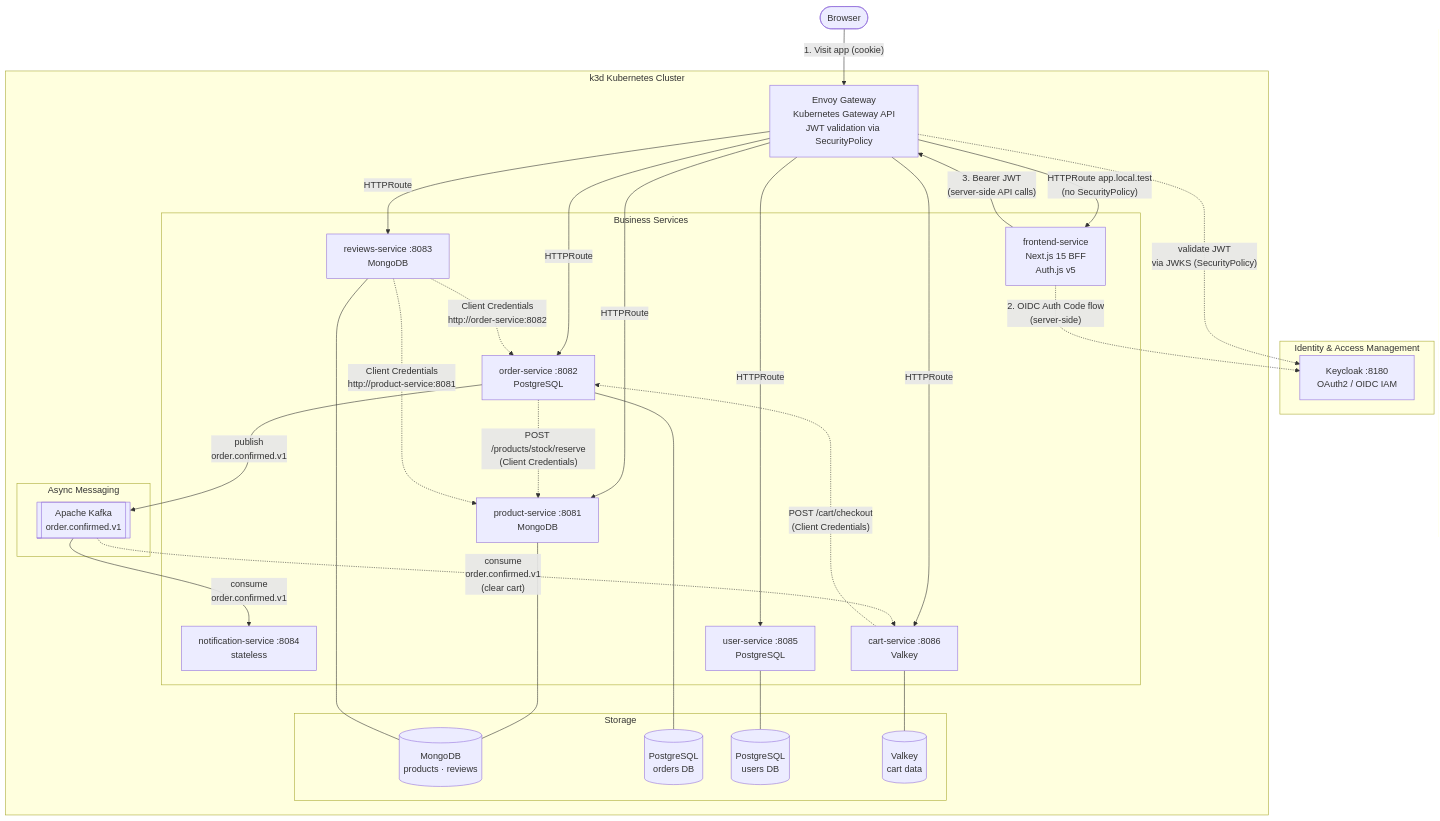
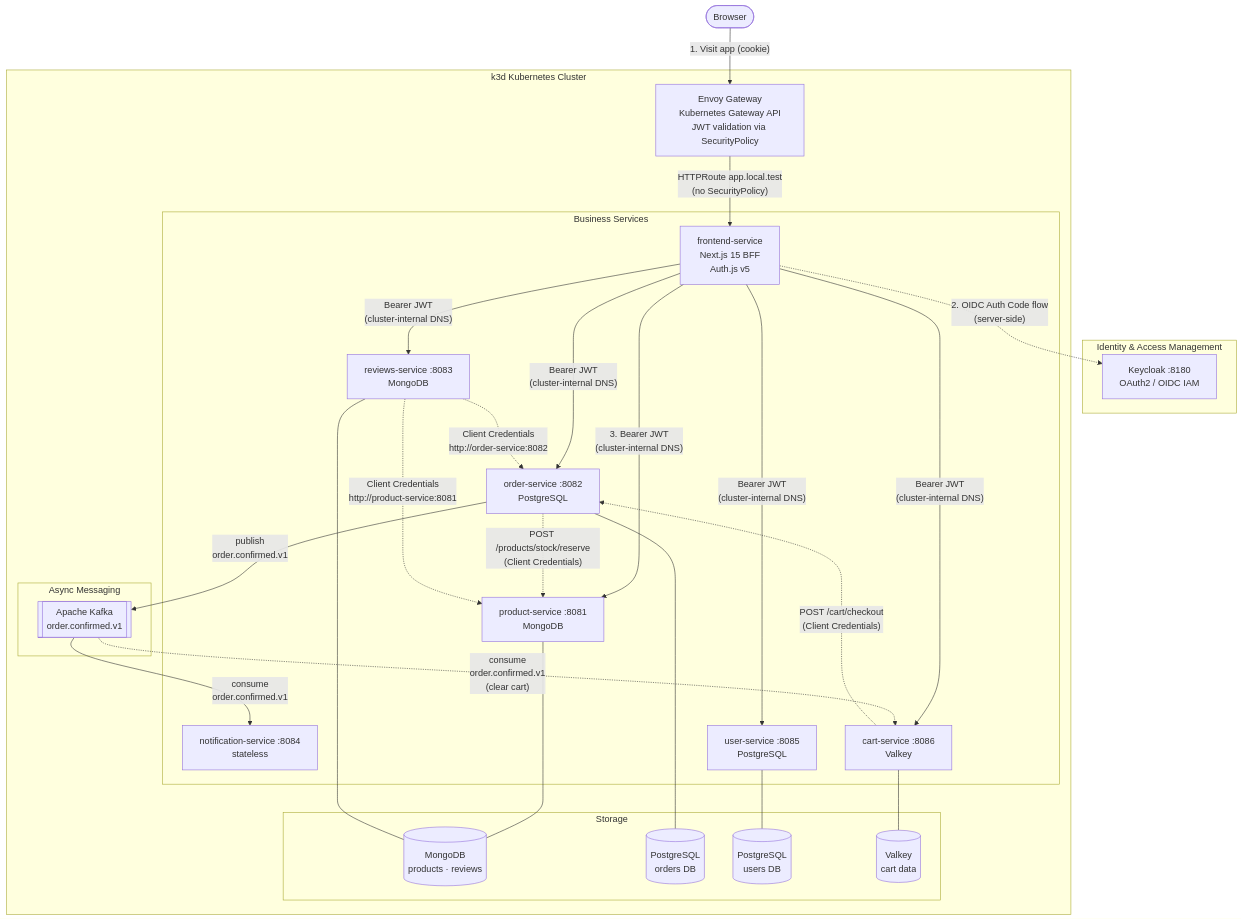
One commit to ricsanfre/spring-microservices-otel-k8s changed the first of 6 diagrams in README.md. Above: the diagram before and after it, drawn with Mermaid. The commit also changed other lines of this file and 5 other files, not shown here.

````diff
--- a/README.md
+++ b/README.md
@@ -51,59 +51,57 @@
 ```mermaid
 flowchart TD
     Client(["Browser"])
 
     subgraph IAM["Identity & Access Management"]
         KC["Keycloak :8180\nOAuth2 / OIDC IAM"]
     end
 
     subgraph K3D["k3d Kubernetes Cluster"]
         EG["Envoy Gateway\nKubernetes Gateway API\nJWT validation via SecurityPolicy"]
 
         subgraph SERVICES["Business Services"]
             FE["frontend-service\nNext.js 15 BFF\nAuth.js v5"]
             PS["product-service :8081\nMongoDB"]
             OS["order-service :8082\nPostgreSQL"]
             RS["reviews-service :8083\nMongoDB"]
             NS["notification-service :8084\nstateless"]
             US["user-service :8085\nPostgreSQL"]
             CS["cart-service :8086\nValkey"]
         end
 
         subgraph MESSAGING["Async Messaging"]
             KAFKA[["Apache Kafka\norder.confirmed.v1"]]
         end
 
         subgraph STORAGE["Storage"]
             MDB[("MongoDB\nproducts · reviews")]
             PG_O[("PostgreSQL\norders DB")]
             PG_U[("PostgreSQL\nusers DB")]
             VK[("Valkey\ncart data")]
         end
     end
 
     Client -- "1. Visit app (cookie)" --> EG
     EG -- "HTTPRoute app.local.test\n(no SecurityPolicy)" --> FE
     FE -. "2. OIDC Auth Code flow\n(server-side)" .-> KC
-    FE -- "3. Bearer JWT\n(server-side API calls)" --> EG
-    EG -. "validate JWT\nvia JWKS (SecurityPolicy)" .-> KC
-    EG -- "HTTPRoute" --> PS
-    EG -- "HTTPRoute" --> OS
-    EG -- "HTTPRoute" --> RS
-    EG -- "HTTPRoute" --> US
-    EG -- "HTTPRoute" --> CS
+    FE -- "3. Bearer JWT\n(cluster-internal DNS)" --> PS
+    FE -- "Bearer JWT\n(cluster-internal DNS)" --> OS
+    FE -- "Bearer JWT\n(cluster-internal DNS)" --> RS
+    FE -- "Bearer JWT\n(cluster-internal DNS)" --> US
+    FE -- "Bearer JWT\n(cluster-internal DNS)" --> CS
 
     CS -. "POST /cart/checkout\n(Client Credentials)" .-> OS
     OS -. "POST /products/stock/reserve\n(Client Credentials)" .-> PS
     OS -- "publish\norder.confirmed.v1" --> KAFKA
     KAFKA -- "consume\norder.confirmed.v1" --> NS
     KAFKA -. "consume\norder.confirmed.v1\n(clear cart)" .-> CS
 
     RS -. "Client Credentials\nhttp://order-service:8082" .-> OS
     RS -. "Client Credentials\nhttp://product-service:8081" .-> PS
 
     PS --- MDB
     RS --- MDB
     OS --- PG_O
     US --- PG_U
     CS --- VK
 ```
````
